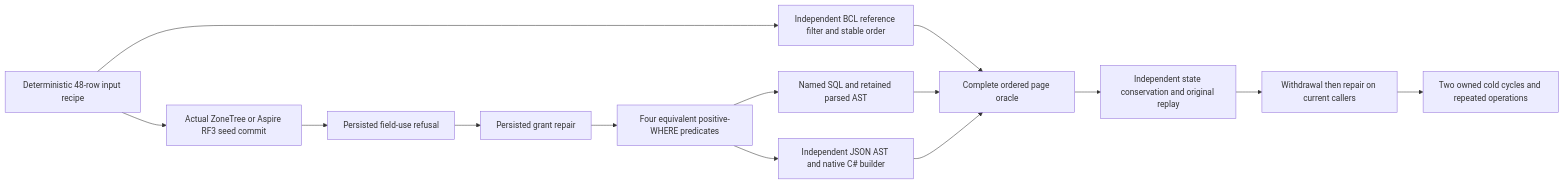
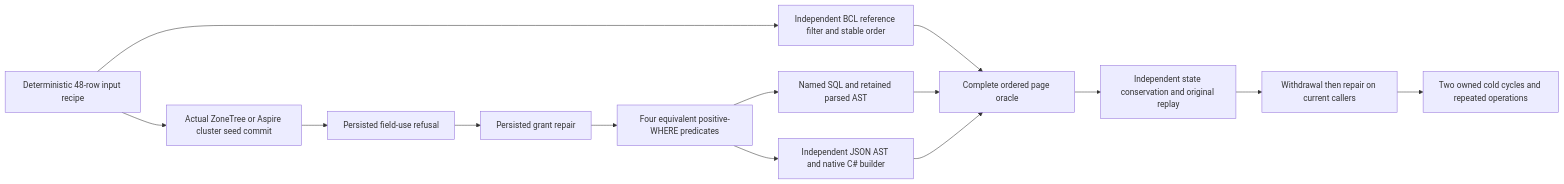
The diagram in docs/Features/QueryExecution/GeneratedMetamorphicReference.md (managedcode/KeyLoad), drawn with Mermaid before and after one commit. The commit also changed other lines of this file and 7356 other files, not shown here.

````diff
--- a/docs/Features/QueryExecution/GeneratedMetamorphicReference.md
+++ b/docs/Features/QueryExecution/GeneratedMetamorphicReference.md
@@ -5,16 +5,16 @@
 ```mermaid
 flowchart LR
     G[Deterministic 48-row input recipe] --> R[Independent BCL reference filter and stable order]
-    G --> Z[Actual ZoneTree or Aspire RF3 seed commit]
+    G --> Z[Actual ZoneTree or Aspire cluster seed commit]
     Z --> D[Persisted field-use refusal]
     D --> P[Persisted grant repair]
     P --> T[Four equivalent positive-WHERE predicates]
     T --> S[Named SQL and retained parsed AST]
     T --> J[Independent JSON AST and native C# builder]
     R --> O[Complete ordered page oracle]
     S --> O
     J --> O
     O --> C[Independent state conservation and original replay]
     C --> W[Withdrawal then repair on current callers]
     W --> K[Two owned cold cycles and repeated operations]
 ```
````
